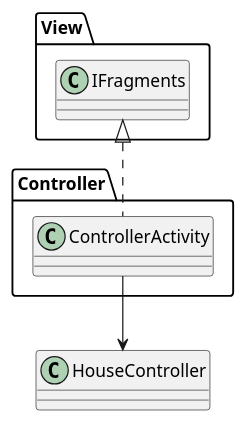
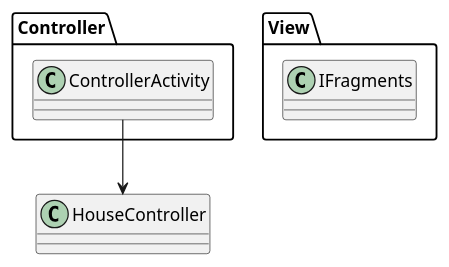
One commit to willemnielsen/House-App changed diagram 15 of 15 in intellij/doc/design.md. Above: the diagram before and after it, drawn with PlantUML.

````diff
--- a/intellij/doc/design.md
+++ b/intellij/doc/design.md
@@ -769,18 +769,17 @@
 ```plantuml
 @startuml
 
 class Controller.ControllerActivity{
 
 }
 class View.IFragments{
 
 }
 class HouseController{
 
 }
 
-View.IFragments <|.. Controller.ControllerActivity
 Controller.ControllerActivity --> HouseController  
 
 @enduml
 ```
````
